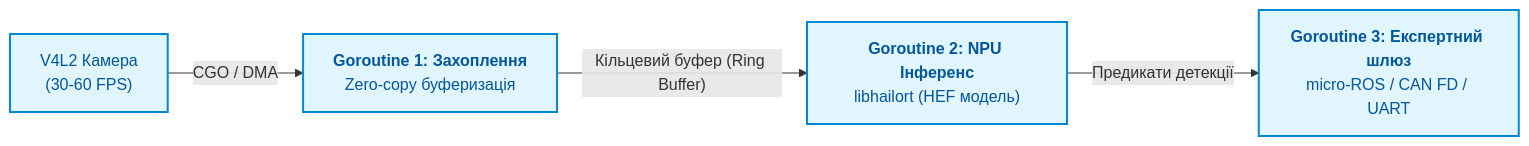
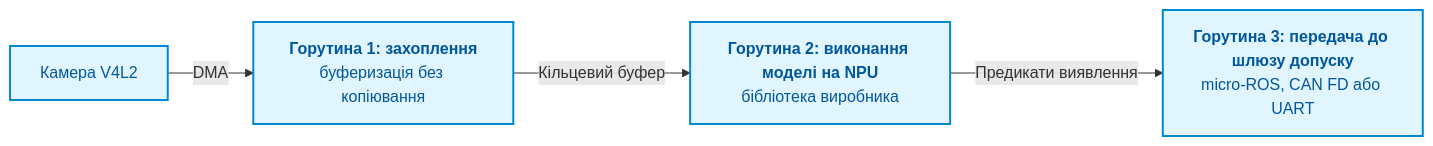
Before and after one commit to nick-fedchik/articles: the second of 8 diagrams in ExpertSystem/appendix-b-robotics-and-cyber-physical-systems.md, drawn with Mermaid. The commit also changed other lines of this file, not shown here.

````diff
--- a/ExpertSystem/appendix-b-robotics-and-cyber-physical-systems.md
+++ b/ExpertSystem/appendix-b-robotics-and-cyber-physical-systems.md
@@ -100,12 +90,12 @@
 ```mermaid
 flowchart LR
-    accTitle: Асинхронний конвеєр обробки кадрів на базі Go та NPU
-    accDescr: Розділення захоплення кадрів, NPU-інференсу та передачі телеметрії через кільцеві буфери в Go.
+    accTitle: Асинхронний конвеєр обробки кадрів на Go та NPU
+    accDescr: Розділення захоплення кадрів, виконання моделі на NPU та передачі вердиктів через обмежені черги в Go.
 
-    CAM["V4L2 Камера<br/>(30-60 FPS)"] -->|"CGO / DMA"| CAP["<b>Goroutine 1: Захоплення</b><br/>Zero-copy буферизація"]
-    CAP -->|"Кільцевий буфер (Ring Buffer)"| NPU_EXEC["<b>Goroutine 2: NPU Інференс</b><br/>libhailort (HEF модель)"]
-    NPU_EXEC -->|"Предикати детекції"| BUS["<b>Goroutine 3: Експертний шлюз</b><br/>micro-ROS / CAN FD / UART"]
+    CAM["Камера V4L2"] -->|"DMA"| CAP["<b>Горутина 1: захоплення</b><br/>буферизація без копіювання"]
+    CAP -->|"Кільцевий буфер"| NPU_EXEC["<b>Горутина 2: виконання моделі на NPU</b><br/>бібліотека виробника"]
+    NPU_EXEC -->|"Предикати виявлення"| BUS["<b>Горутина 3: передача до шлюзу допуску</b><br/>micro-ROS, CAN FD або UART"]
 
     classDef stage fill:#e1f5fe,stroke:#0288d1,stroke-width:2px,color:#01579b;
     class CAM,CAP,NPU_EXEC,BUS stage;
 ```
````
